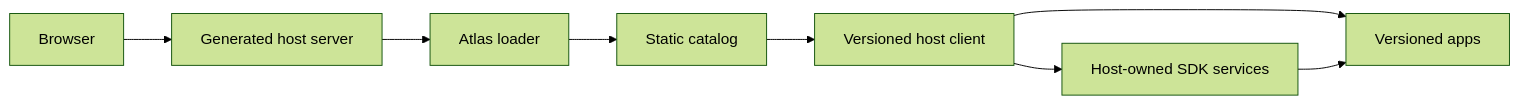
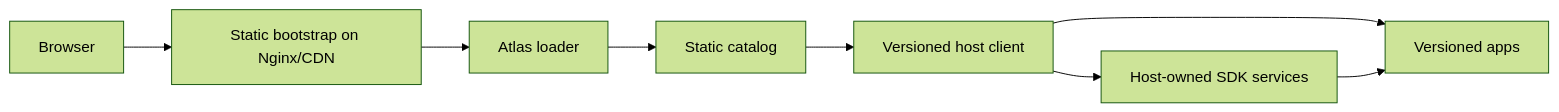
One commit to bendaj11/atlas changed the diagram in README.md. Above: the diagram before and after it, drawn with Mermaid (forest theme). The commit also changed other lines of this file and 94 other files, not shown here.

````diff
--- a/README.md
+++ b/README.md
@@ -37,10 +37,10 @@
 ```mermaid
 flowchart LR
-  Browser["Browser"] --> Server["Generated host server"]
-  Server --> Loader["Atlas loader"]
+  Browser["Browser"] --> Bootstrap["Static bootstrap on Nginx/CDN"]
+  Bootstrap --> Loader["Atlas loader"]
   Loader --> Catalog["Static catalog"]
   Catalog --> Host["Versioned host client"]
   Host --> Apps["Versioned apps"]
   Host --> SDK["Host-owned SDK services"]
   SDK --> Apps
 ```
````
